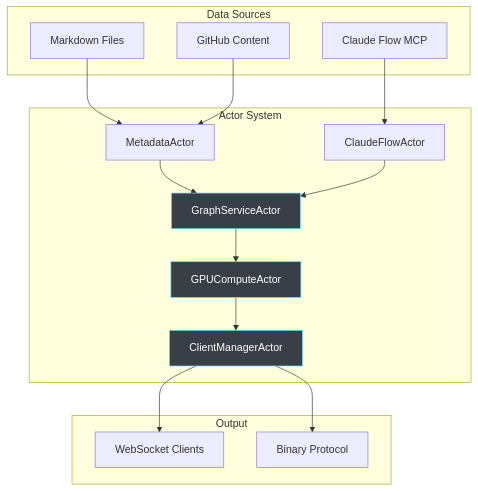
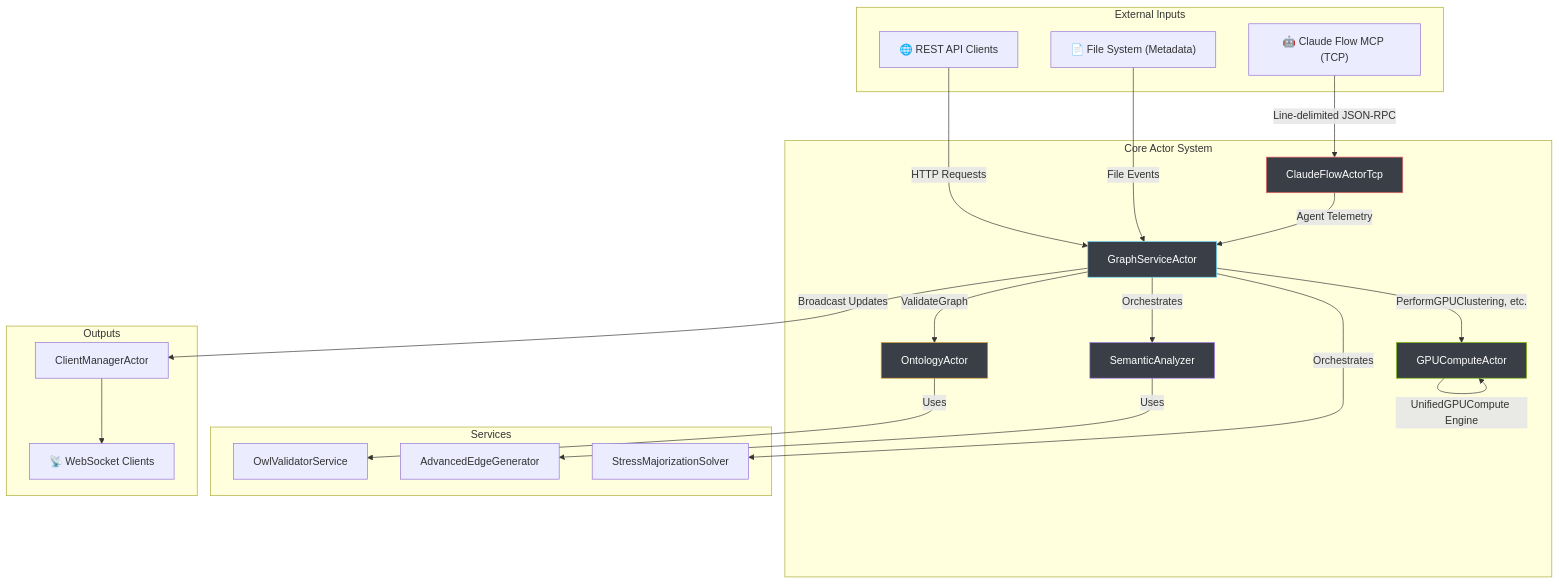
The diagram in docs/server/architecture.md (DreamLab-AI/VisionFlow), drawn with Mermaid before and after one commit. The commit also changed other lines of this file and 11 other files, not shown here.

````diff
--- a/docs/server/architecture.md
+++ b/docs/server/architecture.md
@@ -149,30 +17,50 @@
 ```mermaid
-graph TB
-    subgraph "Data Sources"
-        MD[Markdown Files]
-        GH[GitHub Content]
-        MCP[Claude Flow MCP]
+graph TD
+    subgraph "External Inputs"
+        MCP["🤖 Claude Flow MCP (TCP)"]
+        API["🌐 REST API Clients"]
+        FS["📄 File System (Metadata)"]
     end
 
-    subgraph "Actor System"
-        MA[MetadataActor] --> GSA[GraphServiceActor]
-        CFA[ClaudeFlowActor] --> GSA
-        GSA --> GCA[GPUComputeActor]
-        GCA --> CMA[ClientManagerActor]
+    subgraph "Core Actor System"
+        CFT[ClaudeFlowActorTcp]
+        GSA[GraphServiceActor]
+        GCA[GPUComputeActor]
+        OA[OntologyActor]
+        SA[SemanticAnalyzer]
     end
 
-    subgraph "Output"
-        WS[WebSocket Clients]
-        BIN[Binary Protocol]
+    subgraph "Services"
+        OVS[OwlValidatorService]
+        AEG[AdvancedEdgeGenerator]
+        SMS[StressMajorizationSolver]
     end
 
-    MD --> MA
-    GH --> MA
-    MCP --> CFA
-    CMA --> WS
-    CMA --> BIN
+    subgraph "Outputs"
+        CMA[ClientManagerActor] --> WS["📡 WebSocket Clients"]
+    end
+
+    MCP -- "Line-delimited JSON-RPC" --> CFT
+    API -- "HTTP Requests" --> GSA
+    FS -- "File Events" --> GSA
+
+    CFT -- "Agent Telemetry" --> GSA
+    
+    GSA -- "Orchestrates" --> SA
+    GSA -- "Orchestrates" --> SMS
+    GSA -- "ValidateGraph" --> OA
+    GSA -- "PerformGPUClustering, etc." --> GCA
+
+    OA -- "Uses" --> OVS
+    SA -- "Uses" --> AEG
+
+    GCA -- "UnifiedGPUCompute Engine" --> GCA
+    
+    GSA -- "Broadcast Updates" --> CMA
 
     style GSA fill:#3A3F47,stroke:#61DAFB,color:#FFFFFF
-    style GCA fill:#3A3F47,stroke:#61DAFB,color:#FFFFFF
-    style CMA fill:#3A3F47,stroke:#61DAFB,color:#FFFFFF
+    style GCA fill:#3A3F47,stroke:#76B900,color:#FFFFFF
+    style CFT fill:#3A3F47,stroke:#F56565,color:#FFFFFF
+    style OA fill:#3A3F47,stroke:#D69E2E,color:#FFFFFF
+    style SA fill:#3A3F47,stroke:#9F7AEA,color:#FFFFFF
 ```
````
